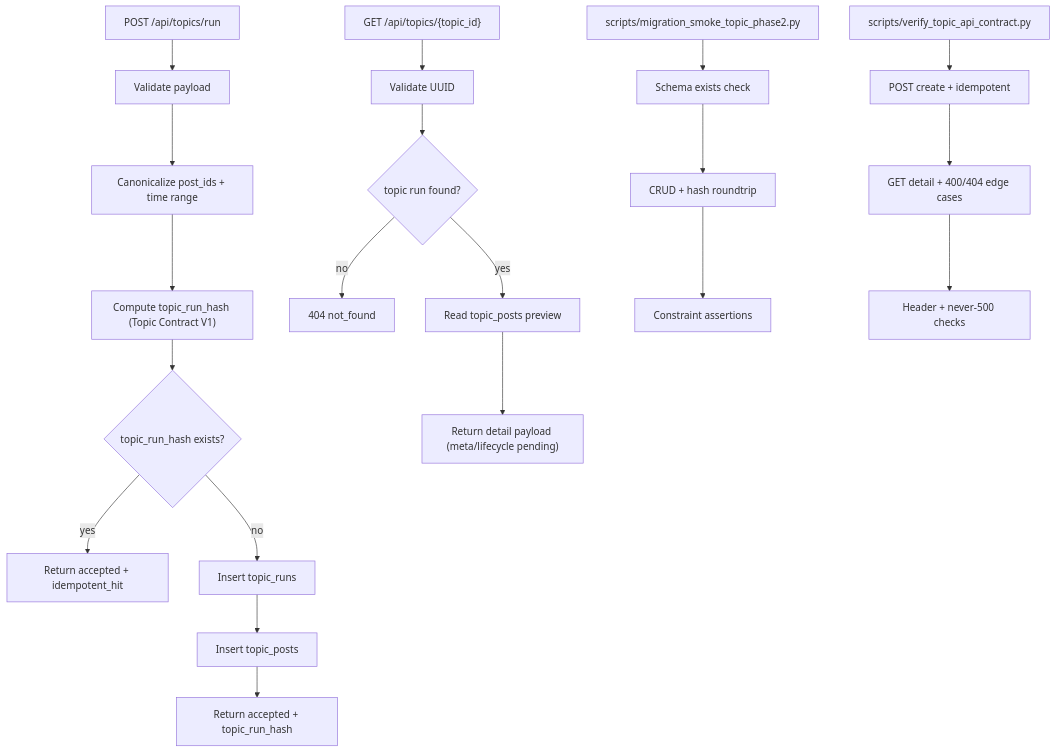
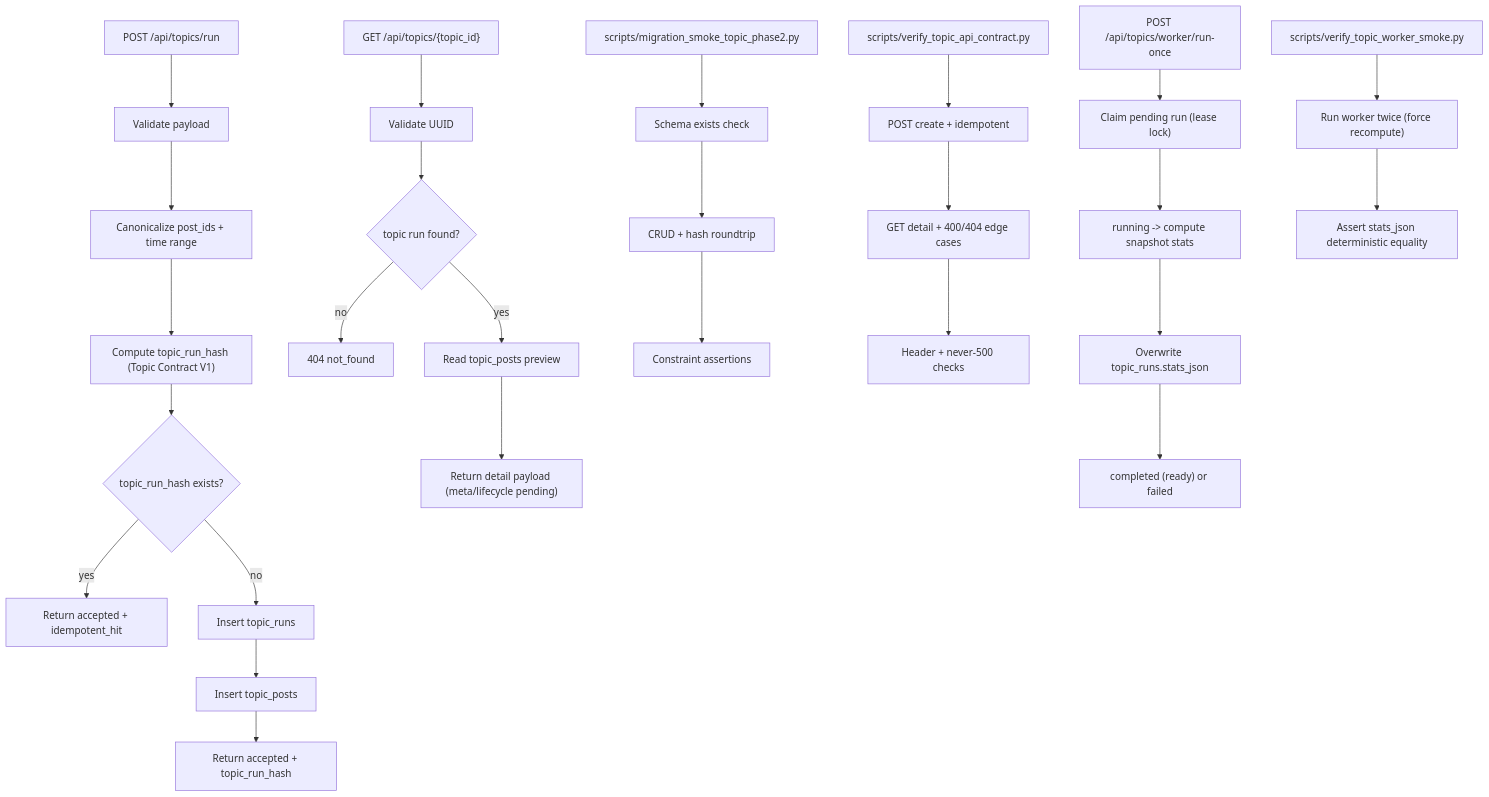
Before and after one commit to jasonmaxxxon/discourselens_26: the diagram in docs/cdx-week1/04_DATAFLOW.mmd, drawn with Mermaid. The commit also changed 18 other files, not shown here.

Commit message:
feat(topic): add phase35 worker skeleton with lease lock and smoke gate

```diff
--- a/docs/cdx-week1/04_DATAFLOW.mmd
+++ b/docs/cdx-week1/04_DATAFLOW.mmd
@@ -1,23 +1,31 @@
 flowchart TD
   A["POST /api/topics/run"] --> B["Validate payload"]
   B --> C["Canonicalize post_ids + time range"]
   C --> D["Compute topic_run_hash (Topic Contract V1)"]
   D --> E{"topic_run_hash exists?"}
   E -- yes --> F["Return accepted + idempotent_hit"]
   E -- no --> G["Insert topic_runs"]
   G --> H["Insert topic_posts"]
   H --> I["Return accepted + topic_run_hash"]
 
   J["GET /api/topics/{topic_id}"] --> K["Validate UUID"]
   K --> L{"topic run found?"}
   L -- no --> M["404 not_found"]
   L -- yes --> N["Read topic_posts preview"]
   N --> O["Return detail payload (meta/lifecycle pending)"]
 
   P["scripts/migration_smoke_topic_phase2.py"] --> Q["Schema exists check"]
   Q --> R["CRUD + hash roundtrip"]
   R --> S["Constraint assertions"]
 
   T["scripts/verify_topic_api_contract.py"] --> U["POST create + idempotent"]
   U --> V["GET detail + 400/404 edge cases"]
   V --> W["Header + never-500 checks"]
+
+  X["POST /api/topics/worker/run-once"] --> Y["Claim pending run (lease lock)"]
+  Y --> Z["running -> compute snapshot stats"]
+  Z --> ZA["Overwrite topic_runs.stats_json"]
+  ZA --> ZB["completed (ready) or failed"]
+
+  ZC["scripts/verify_topic_worker_smoke.py"] --> ZD["Run worker twice (force recompute)"]
+  ZD --> ZE["Assert stats_json deterministic equality"]
```
